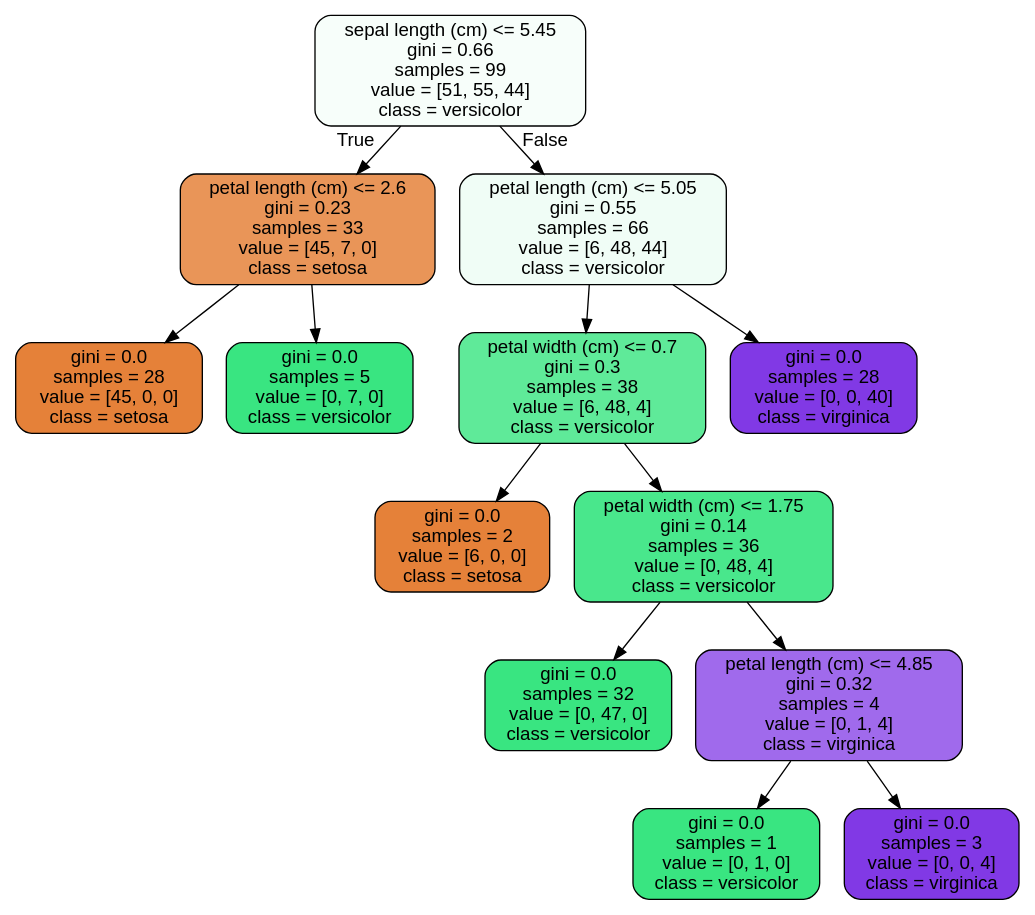
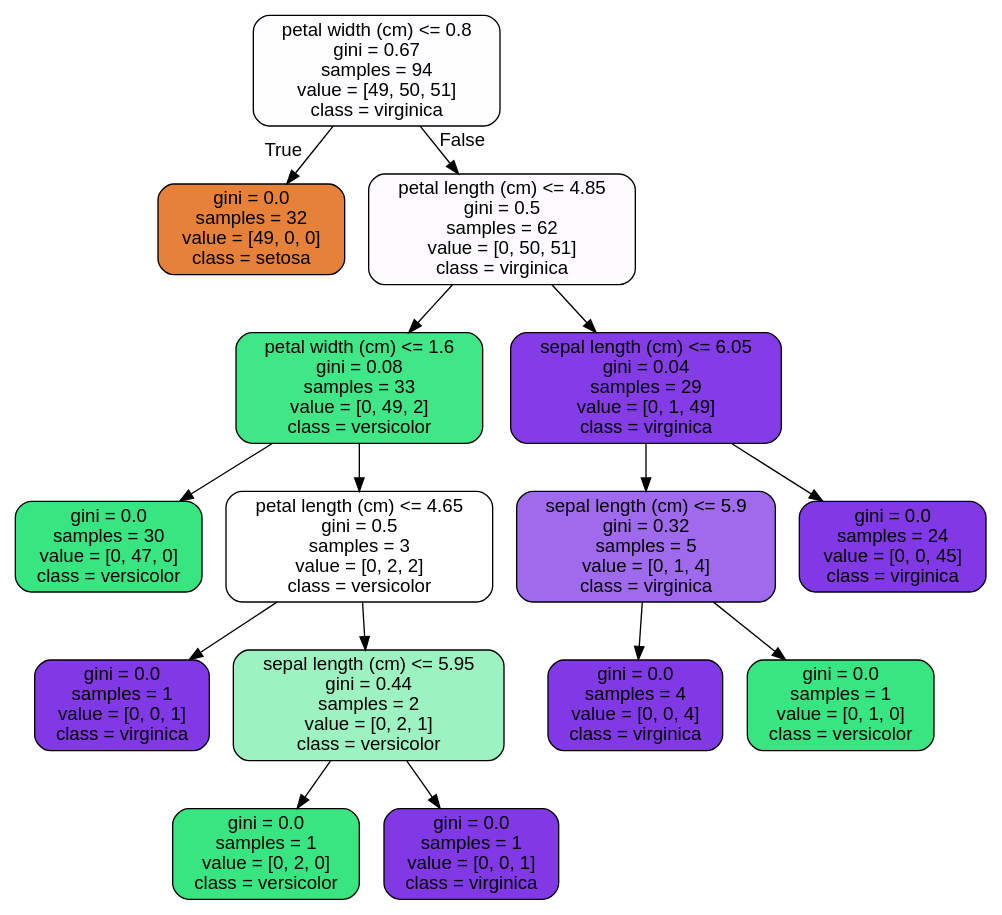
Before and after one commit to ldell7/LDprojects: the diagram in Springboard_RandomForest_Case_Study/tree.dot, drawn with Graphviz. The commit also changed 2 other files, not shown here.

```diff
--- a/Springboard_RandomForest_Case_Study/tree.dot
+++ b/Springboard_RandomForest_Case_Study/tree.dot
@@ -1,29 +1,33 @@
 digraph Tree {
 node [shape=box, style="filled, rounded", color="black", fontname=helvetica] ;
 edge [fontname=helvetica] ;
-0 [label="sepal length (cm) <= 5.45\ngini = 0.66\nsamples = 99\nvalue = [51, 55, 44]\nclass = versicolor", fillcolor="#f7fefa"] ;
-1 [label="petal length (cm) <= 2.6\ngini = 0.23\nsamples = 33\nvalue = [45, 7, 0]\nclass = setosa", fillcolor="#e99558"] ;
+0 [label="petal width (cm) <= 0.8\ngini = 0.67\nsamples = 94\nvalue = [49, 50, 51]\nclass = virginica", fillcolor="#fefdff"] ;
+1 [label="gini = 0.0\nsamples = 32\nvalue = [49, 0, 0]\nclass = setosa", fillcolor="#e58139"] ;
 0 -> 1 [labeldistance=2.5, labelangle=45, headlabel="True"] ;
-2 [label="gini = 0.0\nsamples = 28\nvalue = [45, 0, 0]\nclass = setosa", fillcolor="#e58139"] ;
-1 -> 2 ;
-3 [label="gini = 0.0\nsamples = 5\nvalue = [0, 7, 0]\nclass = versicolor", fillcolor="#39e581"] ;
-1 -> 3 ;
-4 [label="petal length (cm) <= 5.05\ngini = 0.55\nsamples = 66\nvalue = [6, 48, 44]\nclass = versicolor", fillcolor="#f0fdf6"] ;
-0 -> 4 [labeldistance=2.5, labelangle=-45, headlabel="False"] ;
-5 [label="petal width (cm) <= 0.7\ngini = 0.3\nsamples = 38\nvalue = [6, 48, 4]\nclass = versicolor", fillcolor="#5fea99"] ;
-4 -> 5 ;
-6 [label="gini = 0.0\nsamples = 2\nvalue = [6, 0, 0]\nclass = setosa", fillcolor="#e58139"] ;
+2 [label="petal length (cm) <= 4.85\ngini = 0.5\nsamples = 62\nvalue = [0, 50, 51]\nclass = virginica", fillcolor="#fdfbfe"] ;
+0 -> 2 [labeldistance=2.5, labelangle=-45, headlabel="False"] ;
+3 [label="petal width (cm) <= 1.6\ngini = 0.08\nsamples = 33\nvalue = [0, 49, 2]\nclass = versicolor", fillcolor="#41e686"] ;
+2 -> 3 ;
+4 [label="gini = 0.0\nsamples = 30\nvalue = [0, 47, 0]\nclass = versicolor", fillcolor="#39e581"] ;
+3 -> 4 ;
+5 [label="petal length (cm) <= 4.65\ngini = 0.5\nsamples = 3\nvalue = [0, 2, 2]\nclass = versicolor", fillcolor="#ffffff"] ;
+3 -> 5 ;
+6 [label="gini = 0.0\nsamples = 1\nvalue = [0, 0, 1]\nclass = virginica", fillcolor="#8139e5"] ;
 5 -> 6 ;
-7 [label="petal width (cm) <= 1.75\ngini = 0.14\nsamples = 36\nvalue = [0, 48, 4]\nclass = versicolor", fillcolor="#49e78c"] ;
+7 [label="sepal length (cm) <= 5.95\ngini = 0.44\nsamples = 2\nvalue = [0, 2, 1]\nclass = versicolor", fillcolor="#9cf2c0"] ;
 5 -> 7 ;
-8 [label="gini = 0.0\nsamples = 32\nvalue = [0, 47, 0]\nclass = versicolor", fillcolor="#39e581"] ;
+8 [label="gini = 0.0\nsamples = 1\nvalue = [0, 2, 0]\nclass = versicolor", fillcolor="#39e581"] ;
 7 -> 8 ;
-9 [label="petal length (cm) <= 4.85\ngini = 0.32\nsamples = 4\nvalue = [0, 1, 4]\nclass = virginica", fillcolor="#a06aec"] ;
+9 [label="gini = 0.0\nsamples = 1\nvalue = [0, 0, 1]\nclass = virginica", fillcolor="#8139e5"] ;
 7 -> 9 ;
-10 [label="gini = 0.0\nsamples = 1\nvalue = [0, 1, 0]\nclass = versicolor", fillcolor="#39e581"] ;
-9 -> 10 ;
-11 [label="gini = 0.0\nsamples = 3\nvalue = [0, 0, 4]\nclass = virginica", fillcolor="#8139e5"] ;
-9 -> 11 ;
-12 [label="gini = 0.0\nsamples = 28\nvalue = [0, 0, 40]\nclass = virginica", fillcolor="#8139e5"] ;
-4 -> 12 ;
+10 [label="sepal length (cm) <= 6.05\ngini = 0.04\nsamples = 29\nvalue = [0, 1, 49]\nclass = virginica", fillcolor="#843de6"] ;
+2 -> 10 ;
+11 [label="sepal length (cm) <= 5.9\ngini = 0.32\nsamples = 5\nvalue = [0, 1, 4]\nclass = virginica", fillcolor="#a06aec"] ;
+10 -> 11 ;
+12 [label="gini = 0.0\nsamples = 4\nvalue = [0, 0, 4]\nclass = virginica", fillcolor="#8139e5"] ;
+11 -> 12 ;
+13 [label="gini = 0.0\nsamples = 1\nvalue = [0, 1, 0]\nclass = versicolor", fillcolor="#39e581"] ;
+11 -> 13 ;
+14 [label="gini = 0.0\nsamples = 24\nvalue = [0, 0, 45]\nclass = virginica", fillcolor="#8139e5"] ;
+10 -> 14 ;
 }
```
